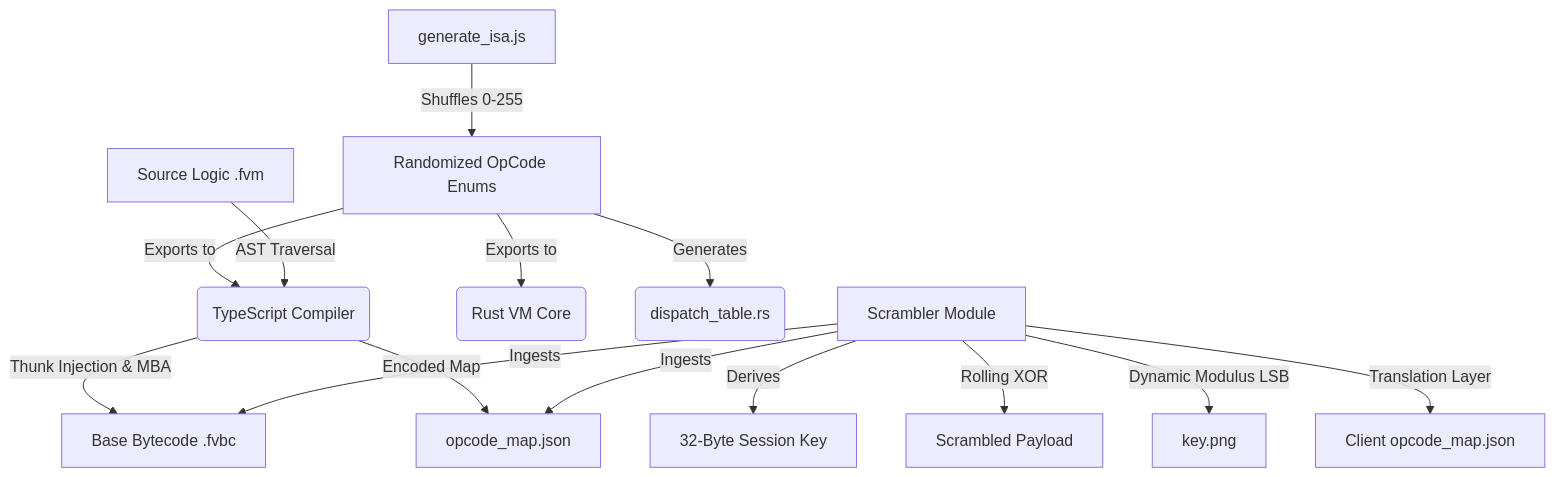
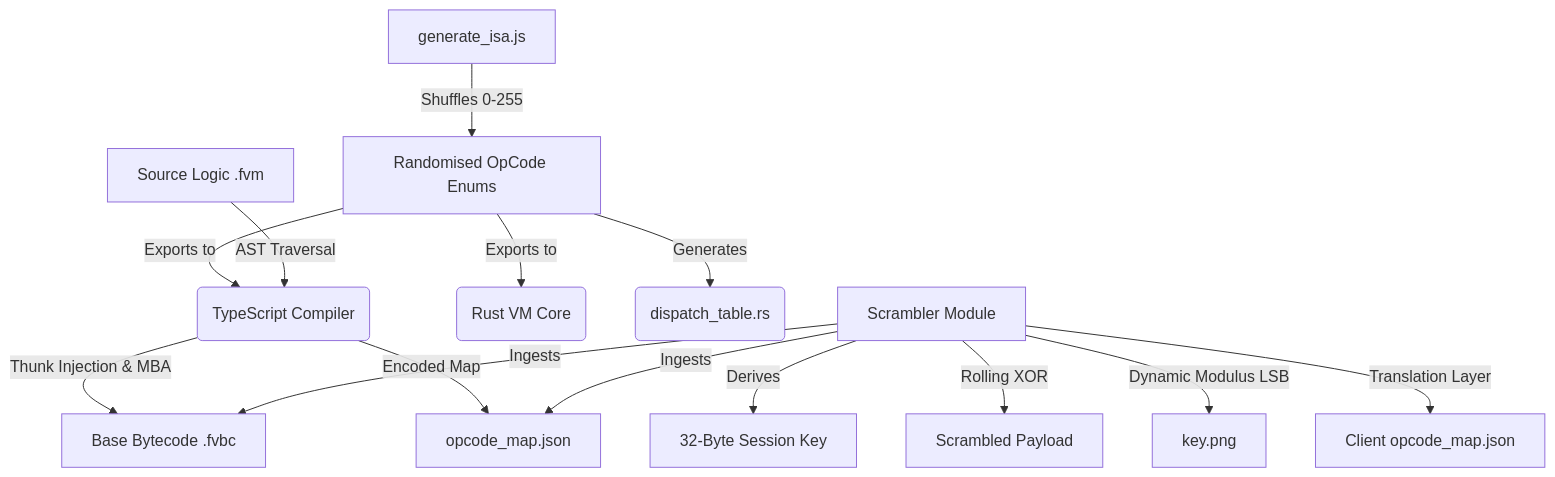
The first of 5 diagrams in ARCHITECTURE.md (lkeld/fortress-wasm), drawn with Mermaid before and after one commit. The commit also changed other lines of this file and 8 other files, not shown here.

````diff
--- a/ARCHITECTURE.md
+++ b/ARCHITECTURE.md
@@ -9,18 +9,18 @@
 ```mermaid
 graph TD
-    A[generate_isa.js] -->|Shuffles 0-255| B[Randomized OpCode Enums]
+    A[generate_isa.js] -->|Shuffles 0-255| B[Randomised OpCode Enums]
     B -->|Exports to| C(TypeScript Compiler)
     B -->|Exports to| D(Rust VM Core)
     B -->|Generates| E(dispatch_table.rs)
     
     F[Source Logic .fvm] -->|AST Traversal| C
     C -->|Thunk Injection & MBA| G[Base Bytecode .fvbc]
     C -->|Encoded Map| H[opcode_map.json]
     
     I[Scrambler Module] -->|Ingests| G
     I -->|Ingests| H
     I -->|Derives| J[32-Byte Session Key]
     I -->|Rolling XOR| K[Scrambled Payload]
     I -->|Dynamic Modulus LSB| L[key.png]
     I -->|Translation Layer| M[Client opcode_map.json]
 ```
````
